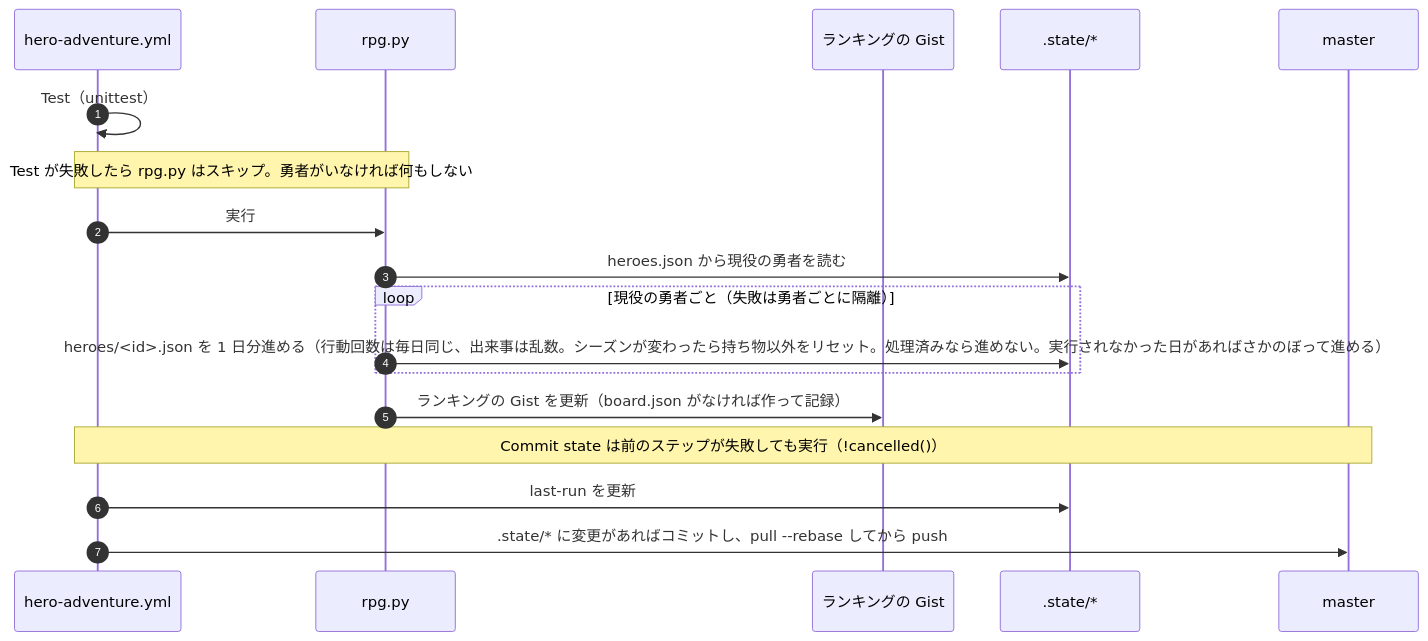
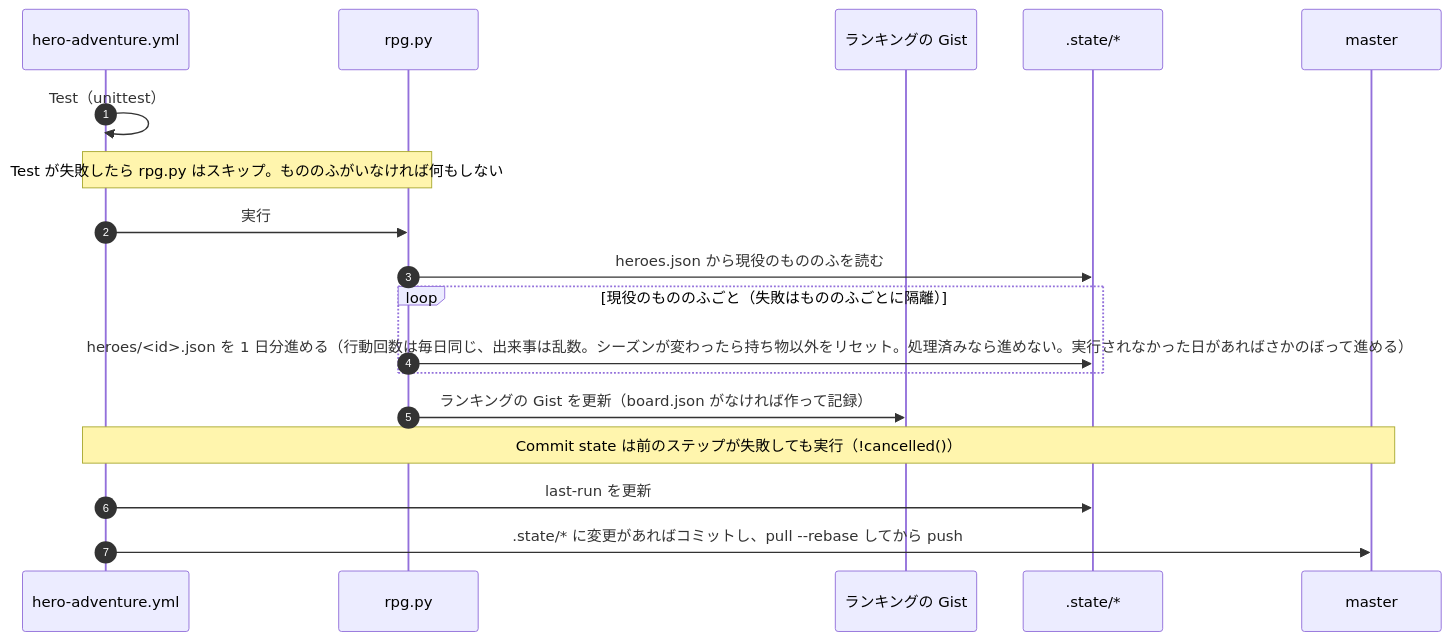
Before and after one commit to ot-nemoto/cryepis: the second of 3 diagrams in docs/DATA_FLOW.md, drawn with Mermaid. The commit also changed other lines of this file and 41 other files, not shown here.

````diff
--- a/docs/DATA_FLOW.md
+++ b/docs/DATA_FLOW.md
@@ -72,21 +72,21 @@
 ```mermaid
 sequenceDiagram
     autonumber
     participant WF as hero-adventure.yml
     participant RP as rpg.py
     participant G as ランキングの Gist
     participant S as .state/*
     participant M as master
 
     WF->>WF: Test（unittest）
-    Note over WF,RP: Test が失敗したら rpg.py はスキップ。勇者がいなければ何もしない
+    Note over WF,RP: Test が失敗したら rpg.py はスキップ。もののふがいなければ何もしない
     WF->>RP: 実行
-    RP->>S: heroes.json から現役の勇者を読む
-    loop 現役の勇者ごと（失敗は勇者ごとに隔離）
+    RP->>S: heroes.json から現役のもののふを読む
+    loop 現役のもののふごと（失敗はもののふごとに隔離）
         RP->>S: heroes/<id>.json を 1 日分進める（行動回数は毎日同じ、出来事は乱数。シーズンが変わったら持ち物以外をリセット。処理済みなら進めない。実行されなかった日があればさかのぼって進める）
     end
     RP->>G: ランキングの Gist を更新（board.json がなければ作って記録）
     Note over WF,M: Commit state は前のステップが失敗しても実行（!cancelled()）
     WF->>S: last-run を更新
     WF->>M: .state/* に変更があればコミットし、pull --rebase してから push
 ```
````
